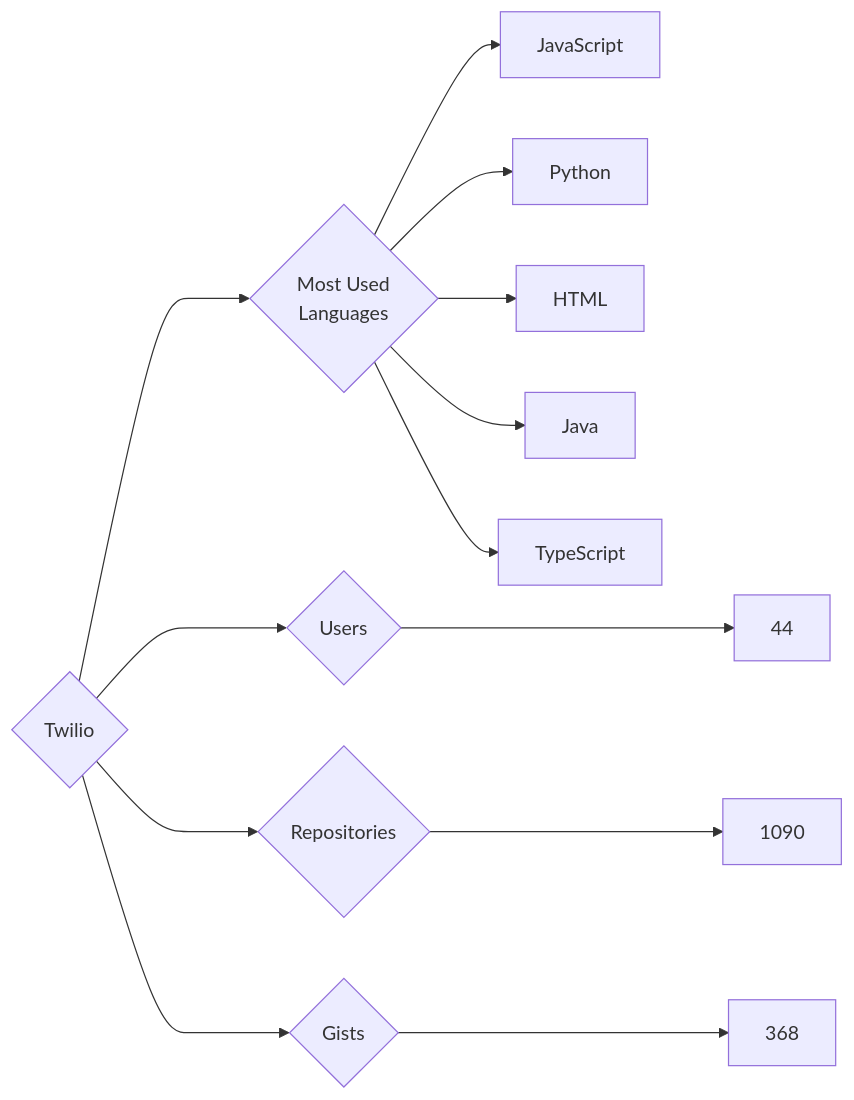
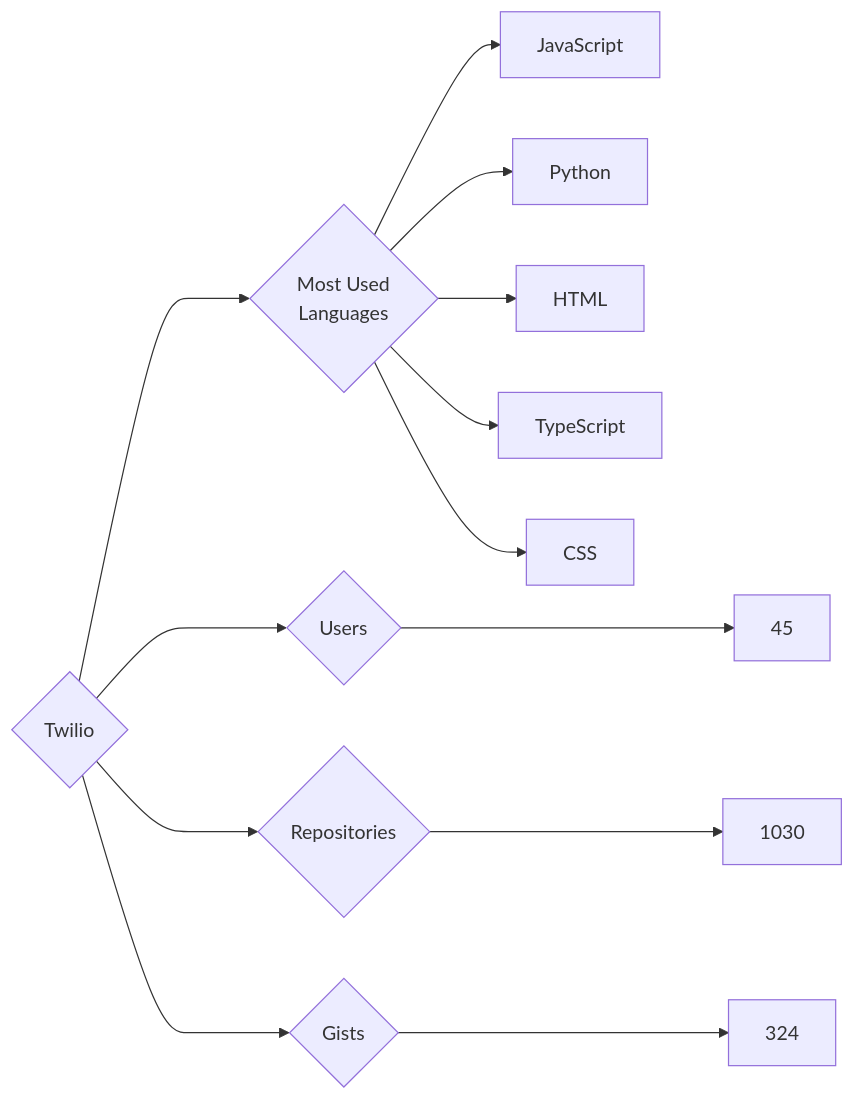
The diagram in targets/Twilio/README.md (trickest/insiders), drawn with Mermaid before and after one commit. The commit also changed 877 other files, not shown here.

````diff
--- a/targets/Twilio/README.md
+++ b/targets/Twilio/README.md
@@ -3,13 +3,13 @@
 ```mermaid
 graph LR
 COMPANY_NAME{Twilio}
-COMPANY_NAME ---> U{Users} ---> UN[44]
-COMPANY_NAME ---> R{Repositories} ---> RN[1090]
-COMPANY_NAME ---> G{Gists} ---> GN[368]
+COMPANY_NAME ---> U{Users} ---> UN[45]
+COMPANY_NAME ---> R{Repositories} ---> RN[1030]
+COMPANY_NAME ---> G{Gists} ---> GN[324]
 COMPANY_NAME ---> ML{Most Used<br>Languages}
 ML --> JavaScript[JavaScript]
 ML --> Python[Python]
 ML --> HTML[HTML]
-ML --> Java[Java]
 ML --> TypeScript[TypeScript]
+ML --> CSS[CSS]
 ```
````
